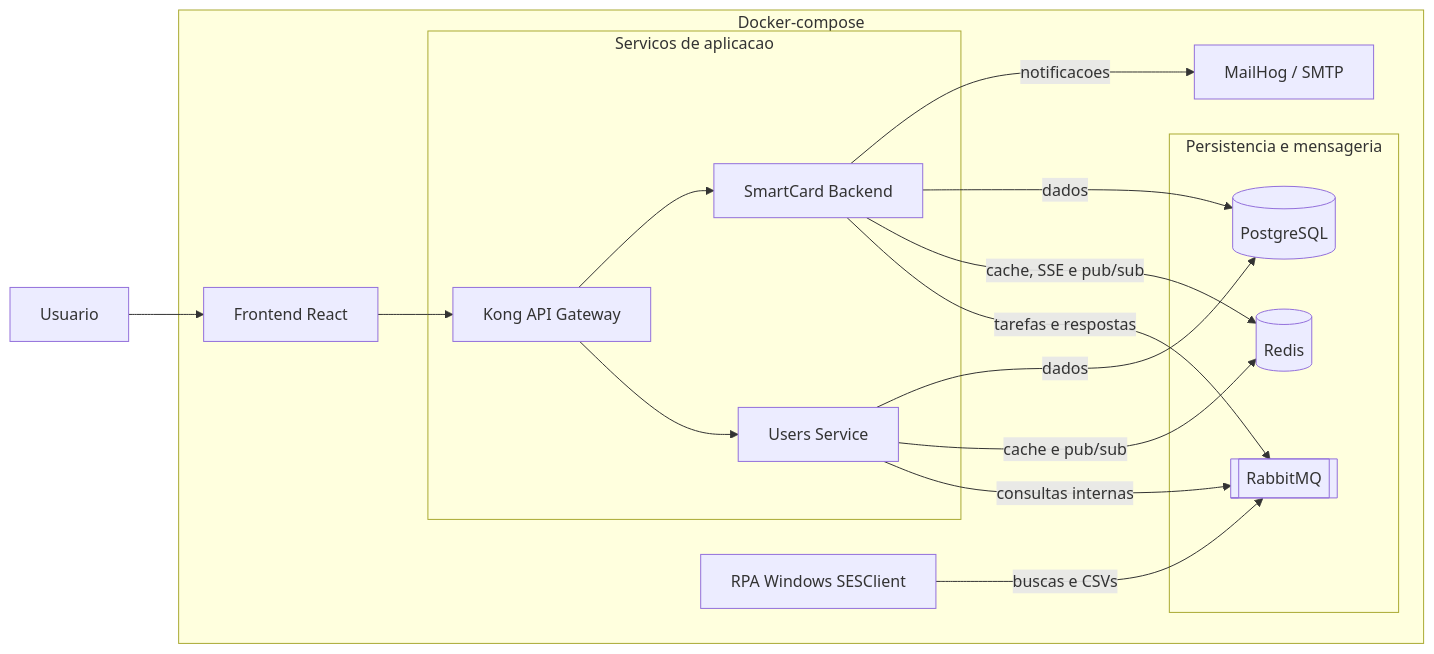
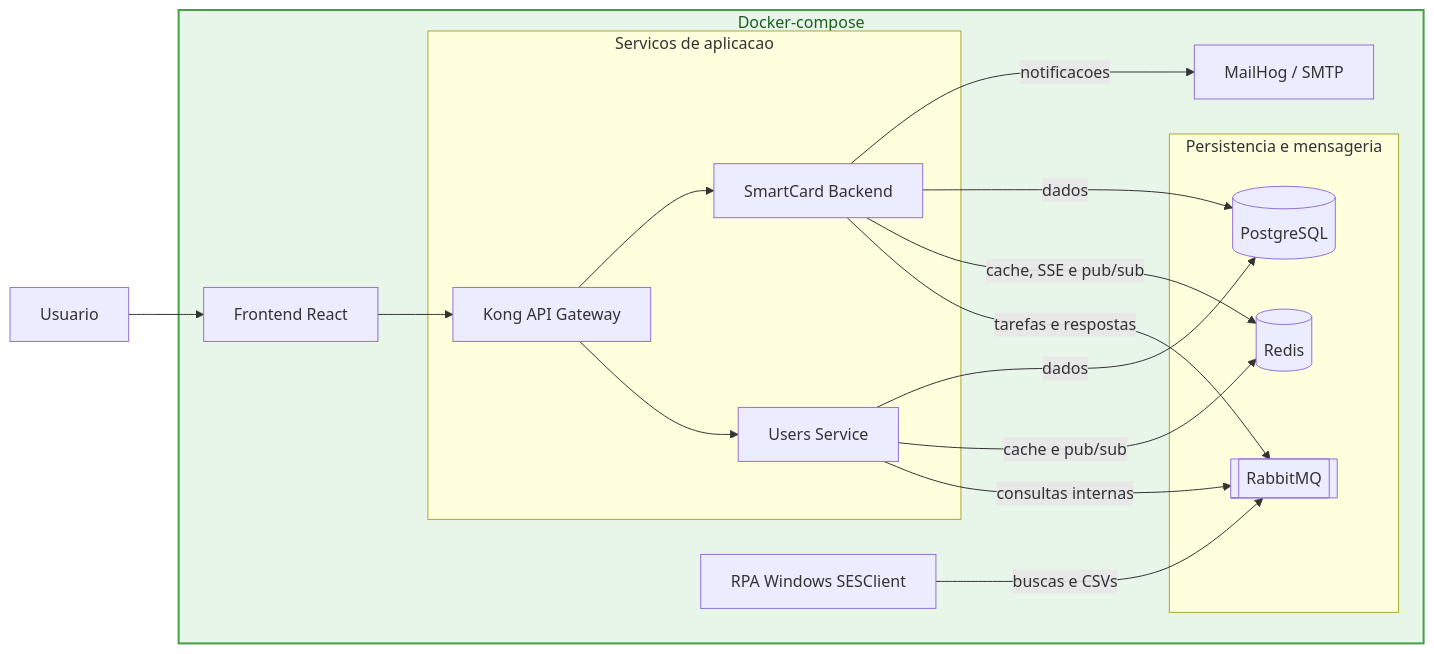
The diagram in README.md (AnaScassa/Projeto-LabAcess), drawn with Mermaid before and after one commit.

Commit message:
atualizações

````diff
--- a/README.md
+++ b/README.md
@@ -7,28 +7,31 @@
 ```mermaid
 flowchart LR
 	U[Usuario] --> F[Frontend React]
 
 	subgraph Docker[Docker-compose]
 		F --> K[Kong API Gateway]
 
 		subgraph Servicos[Servicos de aplicacao]
 			K --> S[SmartCard Backend]
 			K --> US[Users Service]
 		end
 
 		subgraph Persistencia[Persistencia e mensageria]
 			DB[(PostgreSQL)]
 			R[(Redis)]
 			Q[[RabbitMQ]]
 		end
 
 		S -->|notificacoes| M[MailHog / SMTP]
 		S -->|dados| DB
 		US -->|dados| DB
 		S -->|cache, SSE e pub/sub| R
 		US -->|cache e pub/sub| R
 		S -->|tarefas e respostas| Q
 		US -->|consultas internas| Q
 		RPA[RPA Windows SESClient] -->|buscas e CSVs| Q
 	end
+
+	classDef docker fill:#e8f5e9,stroke:#43a047,stroke-width:2px,color:#1b5e20
+	class Docker docker
 ```
````
